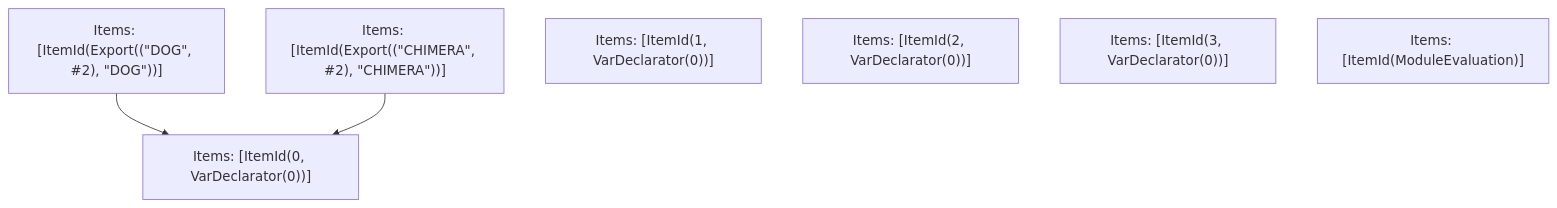
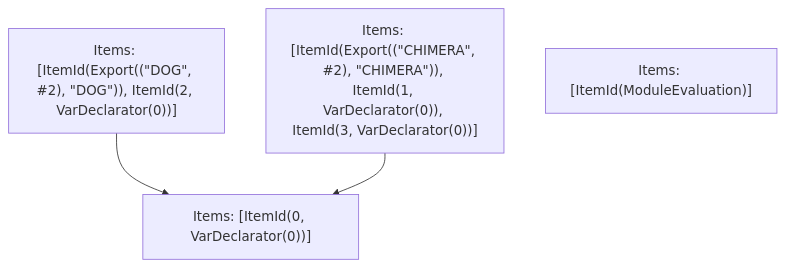
One commit to Sonar-UX-Testing-FreePlan/next.js changed the fifth of 5 diagrams in turbopack/crates/turbopack-ecmascript/tests/tree-shaker/analyzer/simple/output.md. Above: the diagram before and after it, drawn with Mermaid. The commit also changed other lines of this file and 38 other files, not shown here.

````diff
--- a/turbopack/crates/turbopack-ecmascript/tests/tree-shaker/analyzer/simple/output.md
+++ b/turbopack/crates/turbopack-ecmascript/tests/tree-shaker/analyzer/simple/output.md
@@ -119,12 +119,9 @@
 ```mermaid
 graph TD
-    N0["Items: [ItemId(Export((&quot;CHIMERA&quot;, #2), &quot;CHIMERA&quot;))]"];
-    N1["Items: [ItemId(Export((&quot;DOG&quot;, #2), &quot;DOG&quot;))]"];
+    N0["Items: [ItemId(Export((&quot;CHIMERA&quot;, #2), &quot;CHIMERA&quot;)), ItemId(1, VarDeclarator(0)), ItemId(3, VarDeclarator(0))]"];
+    N1["Items: [ItemId(Export((&quot;DOG&quot;, #2), &quot;DOG&quot;)), ItemId(2, VarDeclarator(0))]"];
     N2["Items: [ItemId(0, VarDeclarator(0))]"];
-    N3["Items: [ItemId(1, VarDeclarator(0))]"];
-    N4["Items: [ItemId(2, VarDeclarator(0))]"];
-    N5["Items: [ItemId(3, VarDeclarator(0))]"];
-    N6["Items: [ItemId(ModuleEvaluation)]"];
+    N3["Items: [ItemId(ModuleEvaluation)]"];
     N1 --> N2;
     N0 --> N2;
 ```
````
